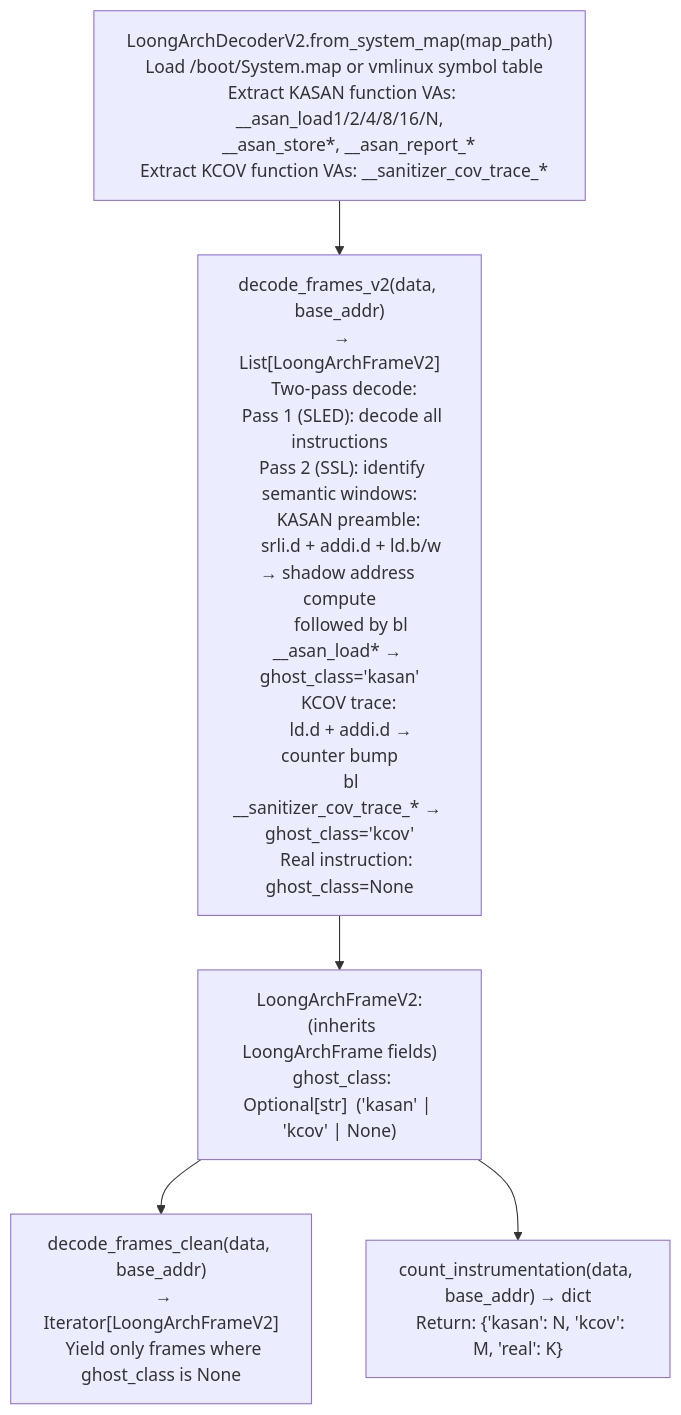
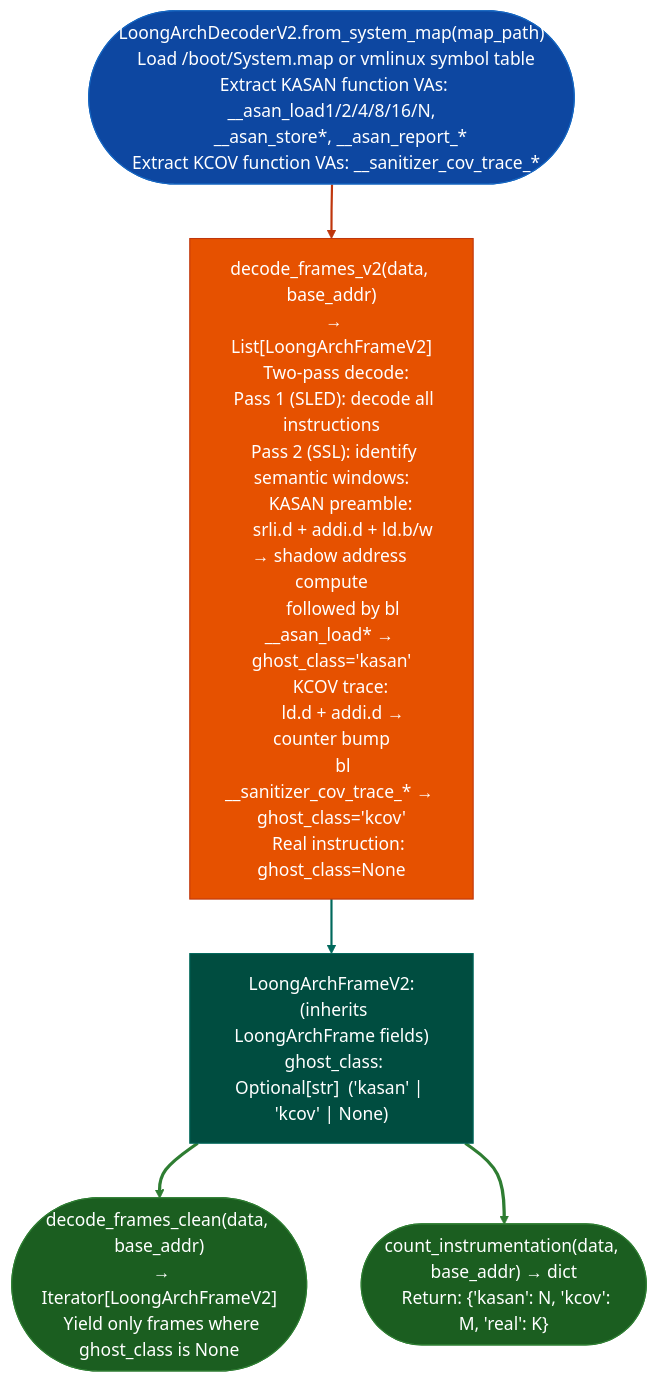
Before and after one commit to Ablation-Tool/ablation: the diagram in docs/reference-modules/hisilicon-risc-v-extensions.md, drawn with Mermaid. The commit also changed 320 other files, not shown here.

First line of the commit message:
docs: apply canonical Mermaid template to all 321 diagrams

````diff
--- a/docs/reference-modules/hisilicon-risc-v-extensions.md
+++ b/docs/reference-modules/hisilicon-risc-v-extensions.md
@@ -19,7 +19,17 @@
 ```mermaid
 flowchart TD
-    A["LoongArchDecoderV2.from_system_map(map_path)\n  Load /boot/System.map or vmlinux symbol table\n  Extract KASAN function VAs: __asan_load1/2/4/8/16/N,\n    __asan_store*, __asan_report_*\n  Extract KCOV function VAs: __sanitizer_cov_trace_*"] --> B["decode_frames_v2(data, base_addr)\n  → List[LoongArchFrameV2]\n  Two-pass decode:\n  Pass 1 (SLED): decode all instructions\n  Pass 2 (SSL): identify semantic windows:\n    KASAN preamble:\n      srli.d + addi.d + ld.b/w → shadow address compute\n      followed by bl __asan_load* → ghost_class='kasan'\n    KCOV trace:\n      ld.d + addi.d → counter bump\n      bl __sanitizer_cov_trace_* → ghost_class='kcov'\n    Real instruction: ghost_class=None"]
-    B --> C["LoongArchFrameV2:\n  (inherits LoongArchFrame fields)\n  ghost_class: Optional[str]  ('kasan' | 'kcov' | None)"]
-    C --> D["decode_frames_clean(data, base_addr)\n  → Iterator[LoongArchFrameV2]\n  Yield only frames where ghost_class is None"]
-    C --> E["count_instrumentation(data, base_addr) → dict\n  Return: {'kasan': N, 'kcov': M, 'real': K}"]
+    A(["LoongArchDecoderV2.from_system_map(map_path)\n  Load /boot/System.map or vmlinux symbol table\n  Extract KASAN function VAs: __asan_load1/2/4/8/16/N,\n    __asan_store*, __asan_report_*\n  Extract KCOV function VAs: __sanitizer_cov_trace_*"]):::input --> B["decode_frames_v2(data, base_addr)\n  → List[LoongArchFrameV2]\n  Two-pass decode:\n  Pass 1 (SLED): decode all instructions\n  Pass 2 (SSL): identify semantic windows:\n    KASAN preamble:\n      srli.d + addi.d + ld.b/w → shadow address compute\n      followed by bl __asan_load* → ghost_class='kasan'\n    KCOV trace:\n      ld.d + addi.d → counter bump\n      bl __sanitizer_cov_trace_* → ghost_class='kcov'\n    Real instruction: ghost_class=None"]:::primary
+    B:::primary --> C["LoongArchFrameV2:\n  (inherits LoongArchFrame fields)\n  ghost_class: Optional[str]  ('kasan' | 'kcov' | None)"]:::secondary
+    C:::secondary --> D(["decode_frames_clean(data, base_addr)\n  → Iterator[LoongArchFrameV2]\n  Yield only frames where ghost_class is None"]):::output
+    C:::secondary --> E(["count_instrumentation(data, base_addr) → dict\n  Return: {'kasan': N, 'kcov': M, 'real': K}"]):::output
+    classDef input     fill:#0d47a1,stroke:#1565c0,color:#fff
+    classDef primary   fill:#e65100,stroke:#bf360c,color:#fff
+    classDef secondary fill:#004d40,stroke:#00695c,color:#fff
+    classDef tertiary  fill:#4a148c,stroke:#6a1b9a,color:#fff
+    classDef neutral   fill:#37474f,stroke:#546e7a,color:#fff
+    classDef output    fill:#1b5e20,stroke:#2e7d32,color:#fff
+    linkStyle 0 stroke:#bf360c,stroke-width:2px
+    linkStyle 1 stroke:#00695c,stroke-width:2px
+    linkStyle 2 stroke:#2e7d32,stroke-width:3px
+    linkStyle 3 stroke:#2e7d32,stroke-width:3px
 ```
````
